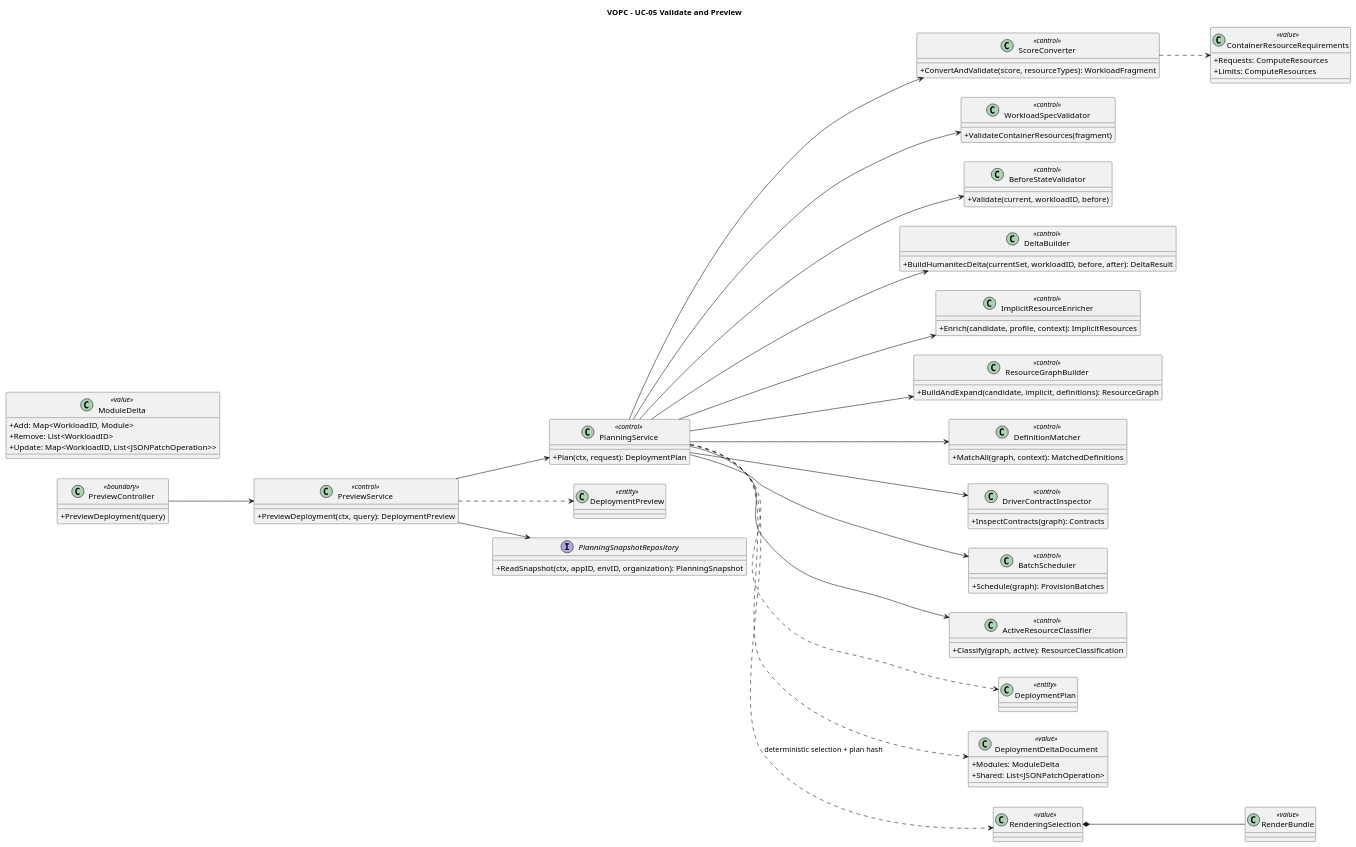
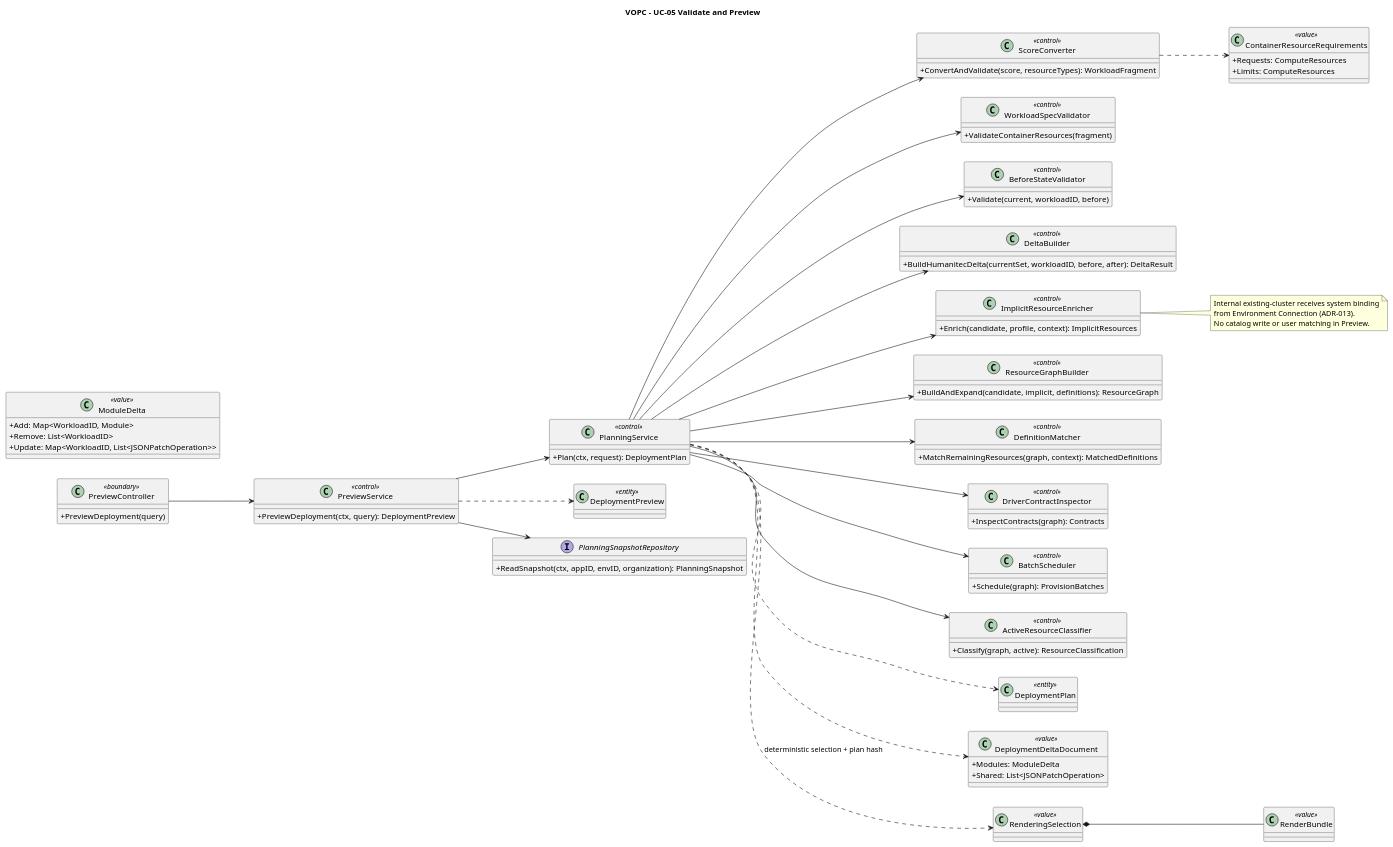
The diagram in orchestrator_docs/usecase/UC-05/vopc.puml (pr3s3nt/poc), drawn with PlantUML before and after one commit. The commit also changed 87 other files, not shown here.

```diff
--- a/orchestrator_docs/usecase/UC-05/vopc.puml
+++ b/orchestrator_docs/usecase/UC-05/vopc.puml
@@ -1,83 +1,89 @@
 @startuml
 title VOPC - UC-05 Validate and Preview
 left to right direction
 skinparam classAttributeIconSize 0
 class PreviewController <<boundary>> {
   +PreviewDeployment(query)
 }
 class PreviewService <<control>> {
   +PreviewDeployment(ctx, query): DeploymentPreview
 }
 class PlanningService <<control>> {
   +Plan(ctx, request): DeploymentPlan
 }
 class ScoreConverter <<control>> {
   +ConvertAndValidate(score, resourceTypes): WorkloadFragment
 }
 class WorkloadSpecValidator <<control>> {
   +ValidateContainerResources(fragment)
 }
 class BeforeStateValidator <<control>> {
   +Validate(current, workloadID, before)
 }
 class DeltaBuilder <<control>> {
   +BuildHumanitecDelta(currentSet, workloadID, before, after): DeltaResult
 }
 class ImplicitResourceEnricher <<control>> {
   +Enrich(candidate, profile, context): ImplicitResources
 }
 class ResourceGraphBuilder <<control>> {
   +BuildAndExpand(candidate, implicit, definitions): ResourceGraph
 }
 class DefinitionMatcher <<control>> {
-  +MatchAll(graph, context): MatchedDefinitions
+  +MatchRemainingResources(graph, context): MatchedDefinitions
 }
 class DriverContractInspector <<control>> {
   +InspectContracts(graph): Contracts
 }
 class BatchScheduler <<control>> {
   +Schedule(graph): ProvisionBatches
 }
 class ActiveResourceClassifier <<control>> {
   +Classify(graph, active): ResourceClassification
 }
 class DeploymentPlan <<entity>>
 class DeploymentPreview <<entity>>
 class DeploymentDeltaDocument <<value>> {
   +Modules: ModuleDelta
   +Shared: List<JSONPatchOperation>
 }
 class ModuleDelta <<value>> {
   +Add: Map<WorkloadID, Module>
   +Remove: List<WorkloadID>
   +Update: Map<WorkloadID, List<JSONPatchOperation>>
 }
 class ContainerResourceRequirements <<value>> {
   +Requests: ComputeResources
   +Limits: ComputeResources
 }
 interface PlanningSnapshotRepository {
   +ReadSnapshot(ctx, appID, envID, organization): PlanningSnapshot
 }
 PreviewController --> PreviewService
 PreviewService --> PlanningSnapshotRepository
 PreviewService --> PlanningService
 PreviewService ..> DeploymentPreview
 PlanningService --> ScoreConverter
 PlanningService --> WorkloadSpecValidator
 PlanningService --> BeforeStateValidator
 PlanningService --> DeltaBuilder
 PlanningService --> ImplicitResourceEnricher
 PlanningService --> ResourceGraphBuilder
 PlanningService --> DefinitionMatcher
 PlanningService --> DriverContractInspector
 PlanningService --> BatchScheduler
 PlanningService --> ActiveResourceClassifier
 PlanningService ..> DeploymentPlan
 PlanningService ..> DeploymentDeltaDocument
 ScoreConverter ..> ContainerResourceRequirements
 class RenderBundle <<value>>
 class RenderingSelection <<value>>
 PlanningService ..> RenderingSelection : deterministic selection + plan hash
 RenderingSelection *-- RenderBundle
+note right of ImplicitResourceEnricher
+Internal existing-cluster receives system binding
+from Environment Connection (ADR-013).
+No catalog write or user matching in Preview.
+end note
+
 @enduml
```
